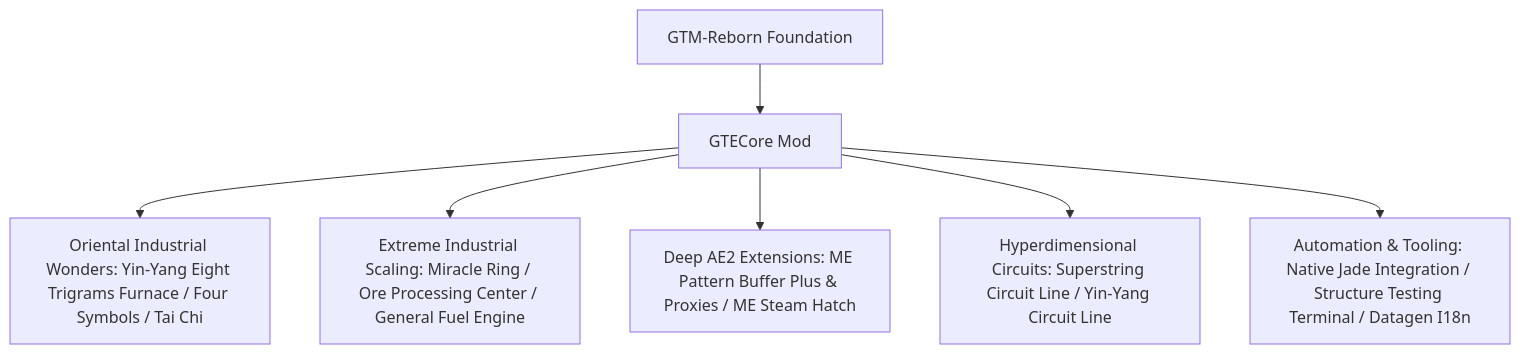
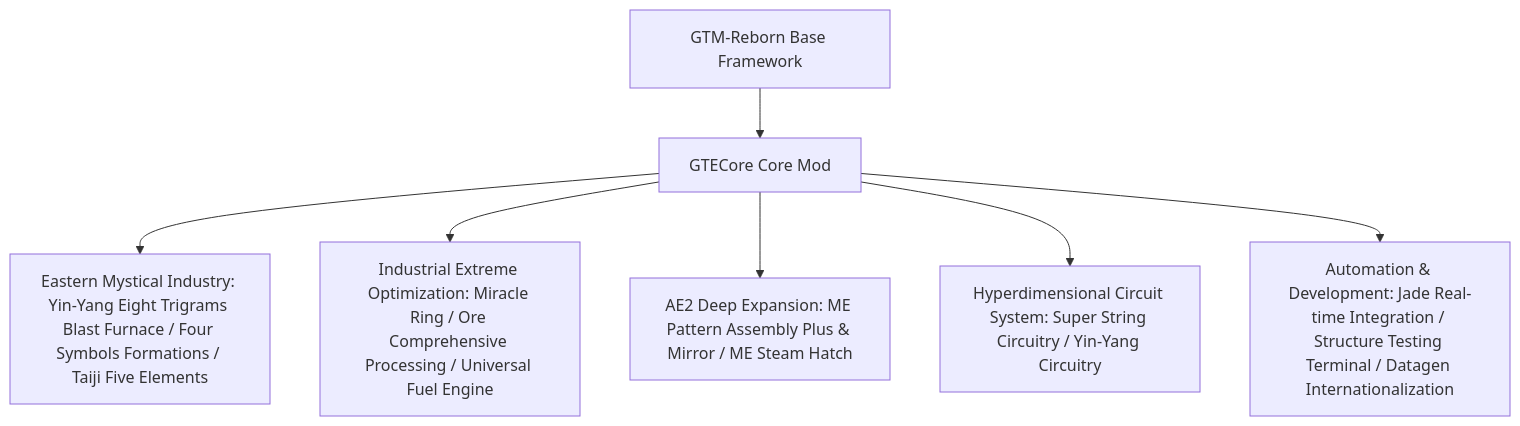
One commit to takanashisatou/GregtechEasy-Docs changed the diagram in docs/en/gtecore/overview.md. Above: the diagram before and after it, drawn with Mermaid. The commit also changed other lines of this file and 99 other files, not shown here.

````diff
--- a/docs/en/gtecore/overview.md
+++ b/docs/en/gtecore/overview.md
@@ -9,9 +9,9 @@
 ```mermaid
 graph TD
-    A[GTM-Reborn Foundation] --> B[GTECore Mod]
-    B --> C[Oriental Industrial Wonders: Yin-Yang Eight Trigrams Furnace / Four Symbols / Tai Chi]
-    B --> D[Extreme Industrial Scaling: Miracle Ring / Ore Processing Center / General Fuel Engine]
-    B --> E[Deep AE2 Extensions: ME Pattern Buffer Plus & Proxies / ME Steam Hatch]
-    B --> F[Hyperdimensional Circuits: Superstring Circuit Line / Yin-Yang Circuit Line]
-    B --> G[Automation & Tooling: Native Jade Integration / Structure Testing Terminal / Datagen I18n]
+    A[GTM-Reborn Base Framework] --> B[GTECore Core Mod]
+    B --> C[Eastern Mystical Industry: Yin-Yang Eight Trigrams Blast Furnace / Four Symbols Formations / Taiji Five Elements]
+    B --> D[Industrial Extreme Optimization: Miracle Ring / Ore Comprehensive Processing / Universal Fuel Engine]
+    B --> E[AE2 Deep Expansion: ME Pattern Assembly Plus & Mirror / ME Steam Hatch]
+    B --> F[Hyperdimensional Circuit System: Super String Circuitry / Yin-Yang Circuitry]
+    B --> G[Automation & Development: Jade Real-time Integration / Structure Testing Terminal / Datagen Internationalization]
 ```
````
